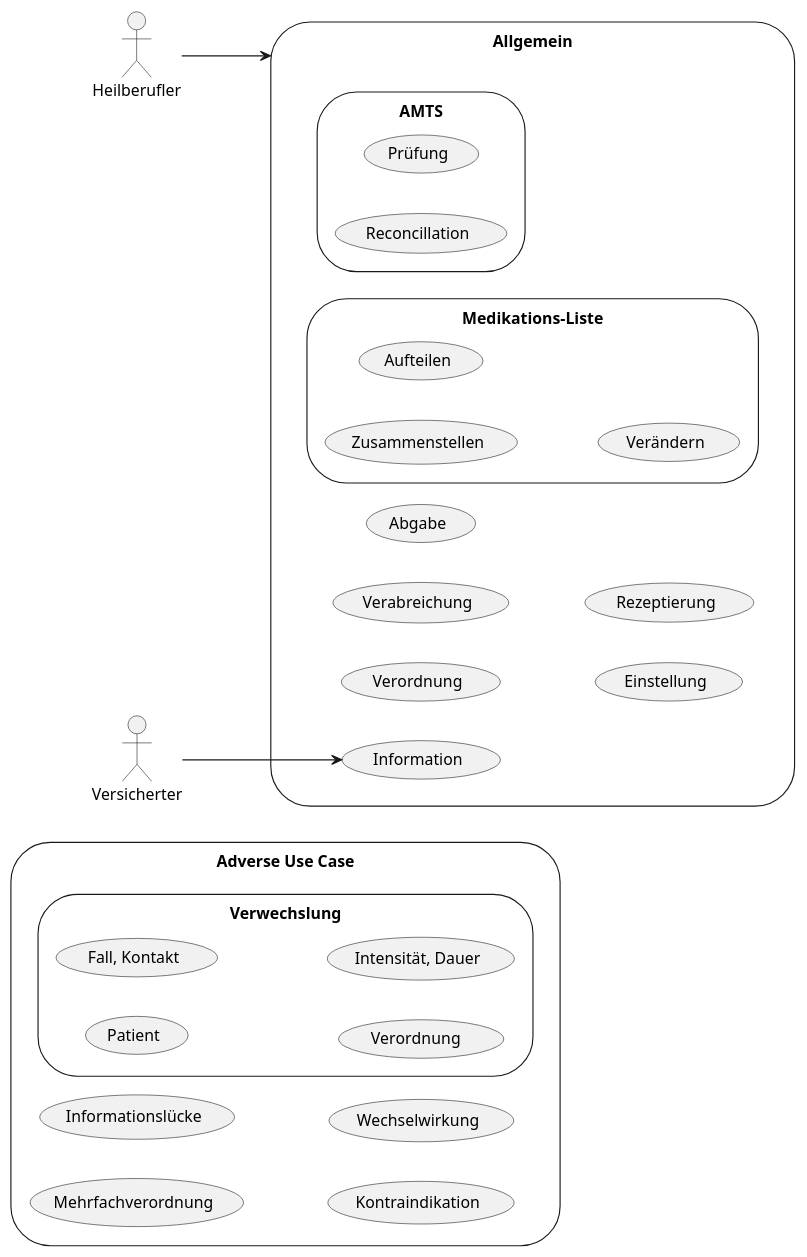
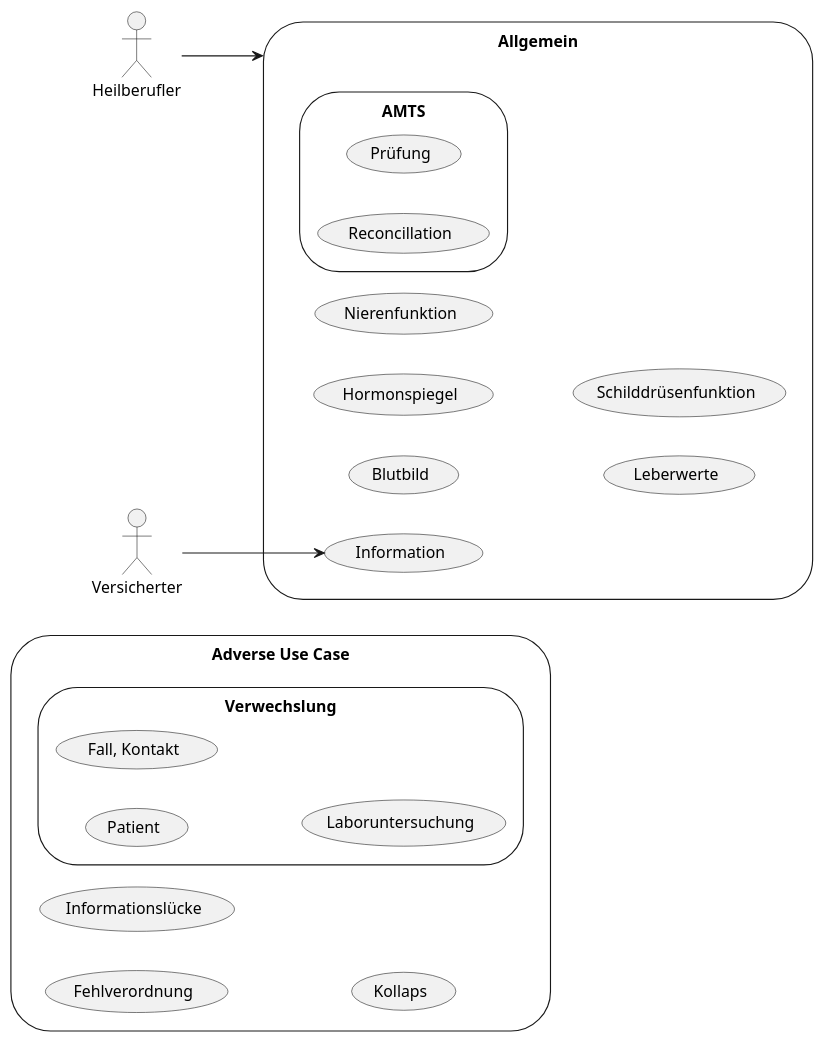
One commit to gematik/spec-ISiK-Labor changed the diagram in Material/images/src/plantuml/usecases.puml. Above: the diagram before and after it, drawn with PlantUML. The commit also changed 20 other files, not shown here.

```diff
--- a/Material/images/src/plantuml/usecases.puml
+++ b/Material/images/src/plantuml/usecases.puml
@@ -15,45 +15,39 @@
 @startuml usecases
 left to right direction
 'skinparam packageStyle cloud
 'skinparam linetype ortho
 
 'actor :FHIR Repository: as DB << Application >>
 actor :Heilberufler:
 actor :Versicherter:
 storage adverseUC as "Adverse Use Case" {
     storage (Verwechslung){
         (Patient)
         (Fall, Kontakt)
-        (Verordnung )
-        (Intensität, Dauer)
+        (Laboruntersuchung)
     }
-    (Mehrfachverordnung)
+    (Fehlverordnung)
     (Informationslücke)
-    (Kontraindikation)
-    (Wechselwirkung)
+    (Kollaps)
 }
 
 storage gnrlUC as "Allgemein" {
     (Information)
-    (Verordnung)
-    (Verabreichung)
-    (Abgabe)
-    (Einstellung)
-    (Rezeptierung)
+    (Laboruntersuchung)
+    (Blutbild)
+    (Hormonspiegel)
+    (Nierenfunktion)
+    (Leberwerte)
+    (Schilddrüsenfunktion)
     storage (AMTS){
         (Prüfung)
         (Reconcillation)
-    }
-    storage (Medikations-Liste){
-        (Zusammenstellen)
-        (Aufteilen)
-        (Verändern)
     }
 }
 
 Heilberufler --> gnrlUC
 Versicherter --> Information
 
 'fncts --> adverseUC : mitigates
 'fncts --> gnrlUC : enables
 @enduml
```
